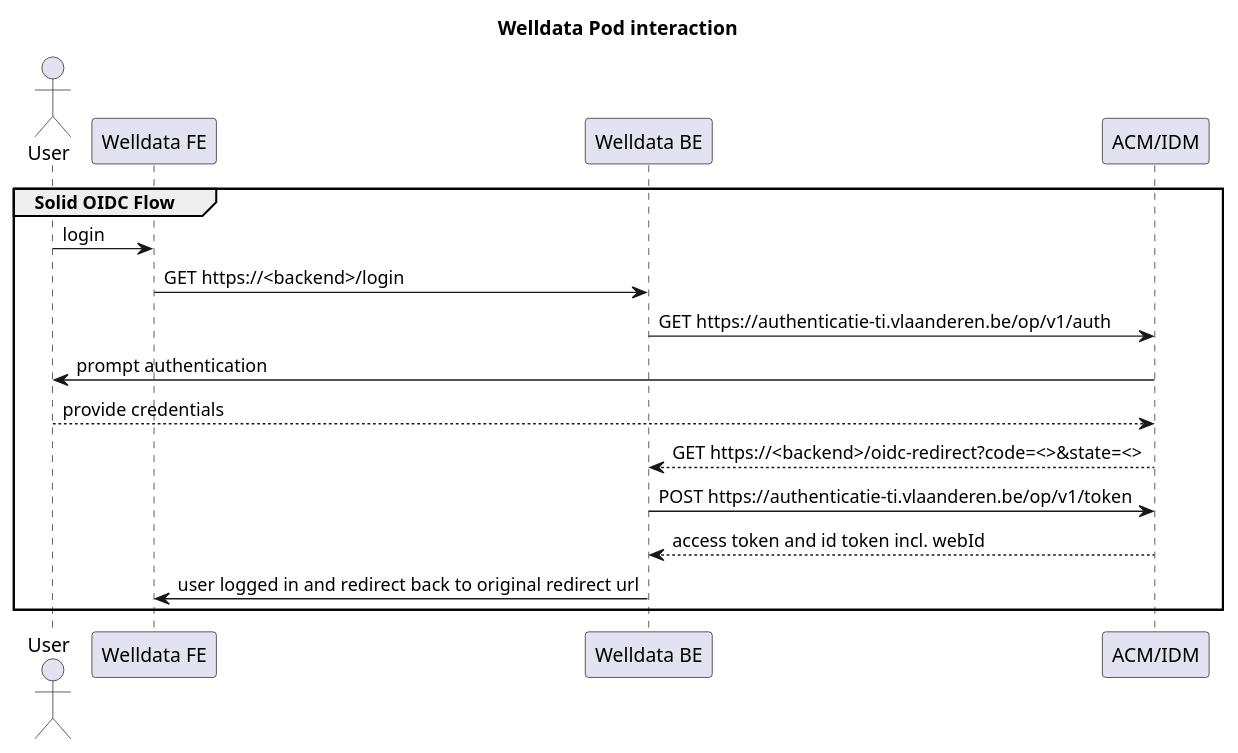
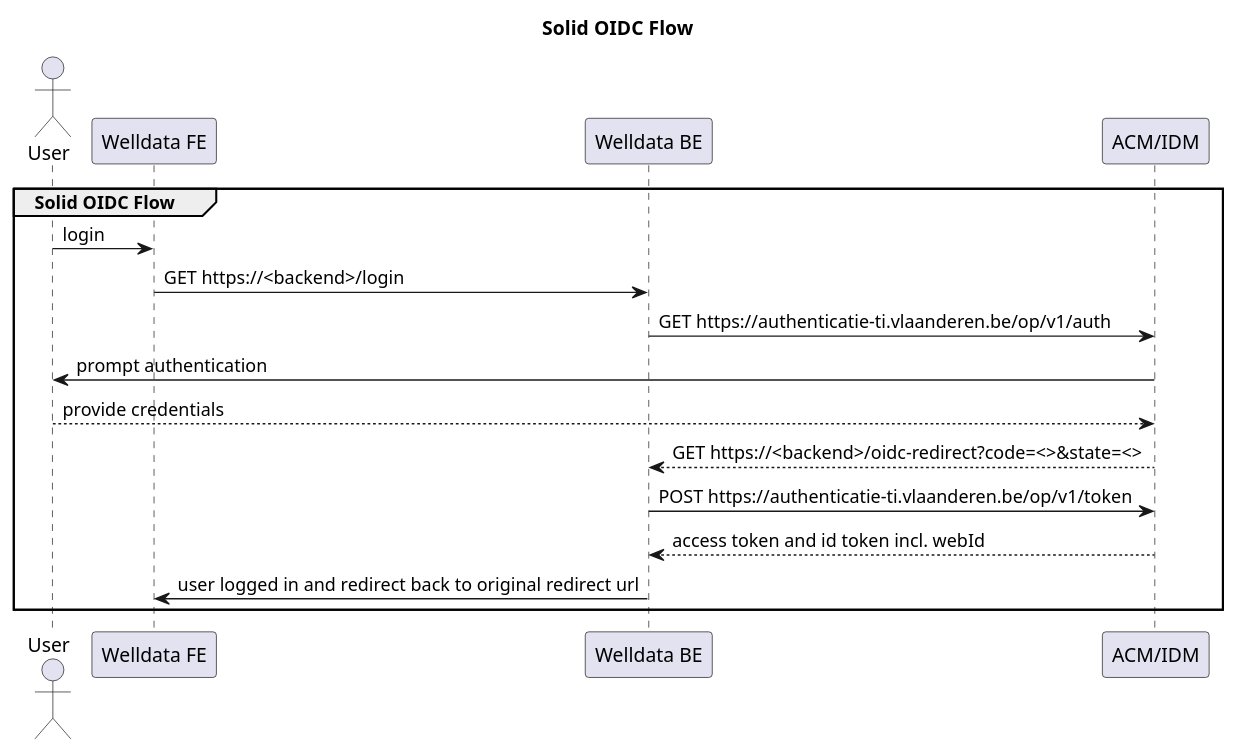
One commit to GIDSOpenStandaarden/welldata-implementation-guide changed the diagram in input/images-source/solid-oidc.plantuml. Above: the diagram before and after it, drawn with PlantUML.

Commit message:
updated title

```diff
--- a/input/images-source/solid-oidc.plantuml
+++ b/input/images-source/solid-oidc.plantuml
@@ -1,22 +1,22 @@
 @startuml
-title Welldata Pod interaction
+title Solid OIDC Flow
 actor "User" as user
 participant "Welldata FE" as welldataFE
 participant "Welldata BE" as welldataBE
 participant "ACM/IDM" as acm
 
 
 group Solid OIDC Flow
   user->welldataFE: login
 
   welldataFE->welldataBE: GET https://<backend>/login
   welldataBE->acm: GET https://authenticatie-ti.vlaanderen.be/op/v1/auth
   acm->user:prompt authentication
   user-->acm: provide credentials
   acm-->welldataBE: GET https://<backend>/oidc-redirect?code=<>&state=<>
   welldataBE->acm: POST https://authenticatie-ti.vlaanderen.be/op/v1/token
   acm-->welldataBE: access token and id token incl. webId
   welldataBE->welldataFE: user logged in and redirect back to original redirect url
 
 end
 @enduml
```
